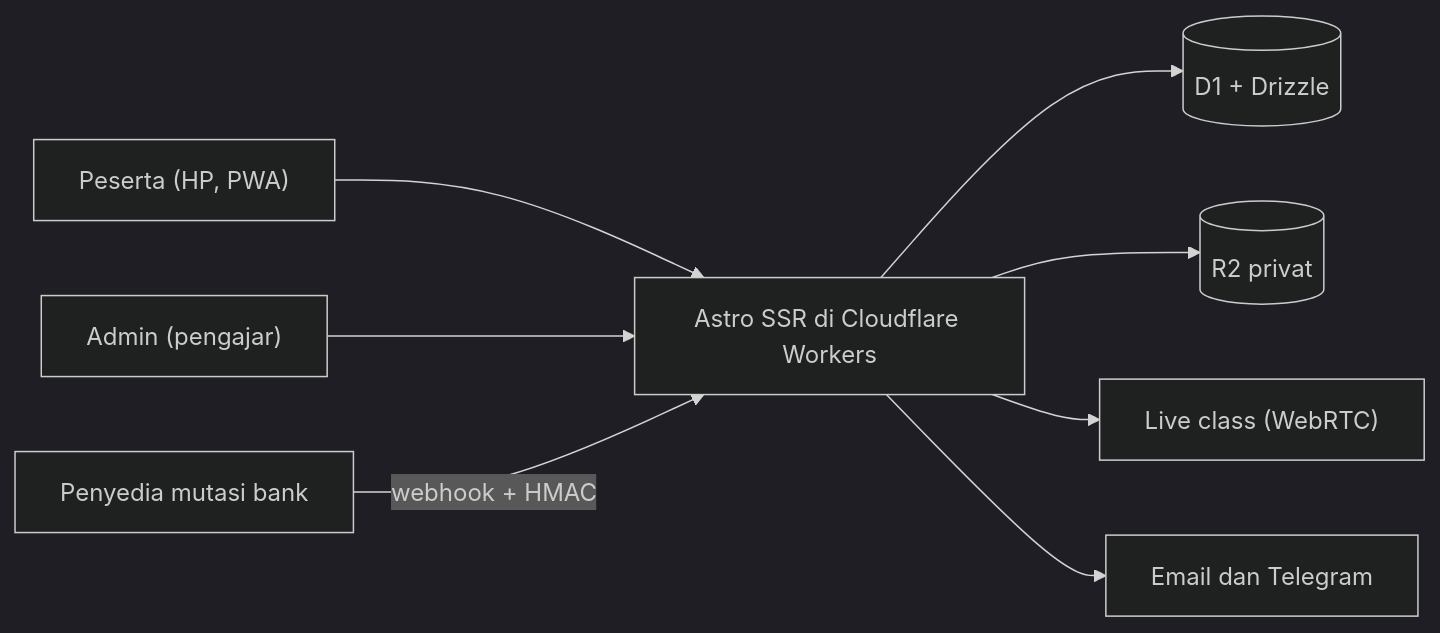
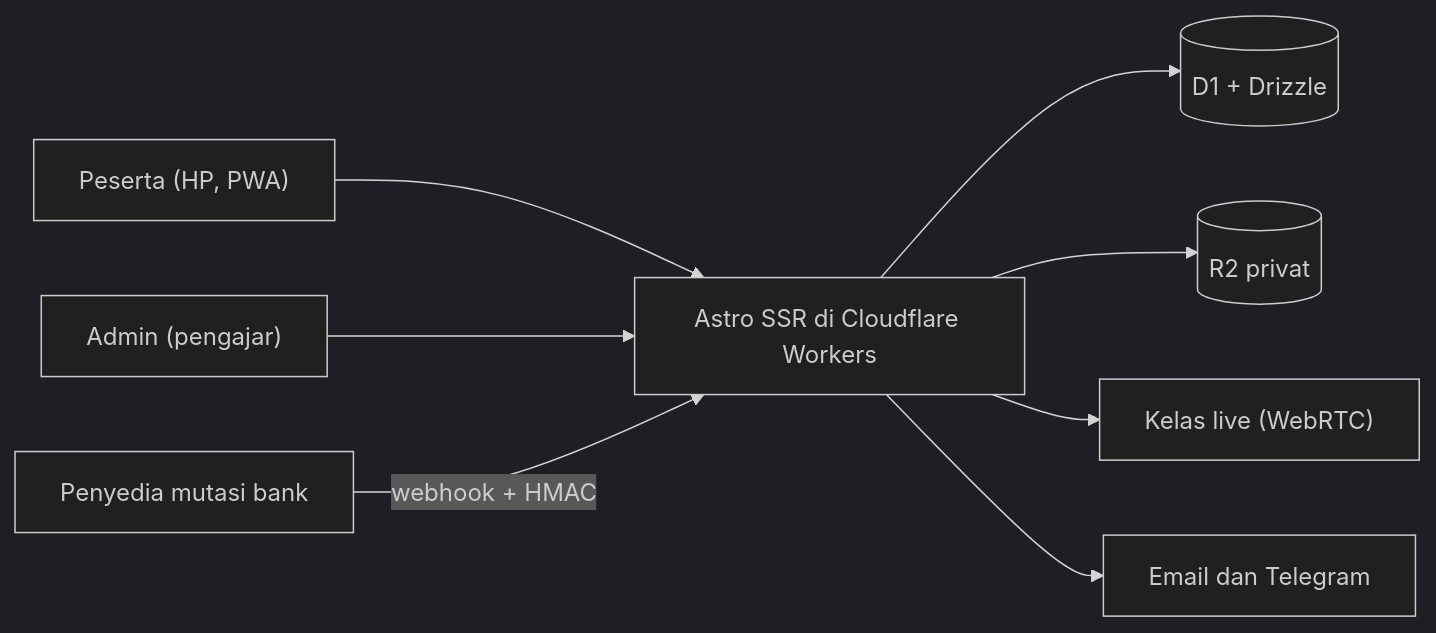
The first of 3 diagrams in projects/platform-kelas-online.md (filodev0606-glitch/filodev0606-glitch), drawn with Mermaid (dark theme) before and after one commit. The commit also changed other lines of this file and 4 other files, not shown here.

````diff
--- a/projects/platform-kelas-online.md
+++ b/projects/platform-kelas-online.md
@@ -11,10 +11,10 @@
 ```mermaid
 flowchart LR
     U["Peserta (HP, PWA)"] --> W["Astro SSR di Cloudflare Workers"]
     A["Admin (pengajar)"] --> W
     W --> D[("D1 + Drizzle")]
     W --> R[("R2 privat")]
-    W --> L["Live class (WebRTC)"]
+    W --> L["Kelas live (WebRTC)"]
     B["Penyedia mutasi bank"] -->|"webhook + HMAC"| W
     W --> E["Email dan Telegram"]
 ```
````
